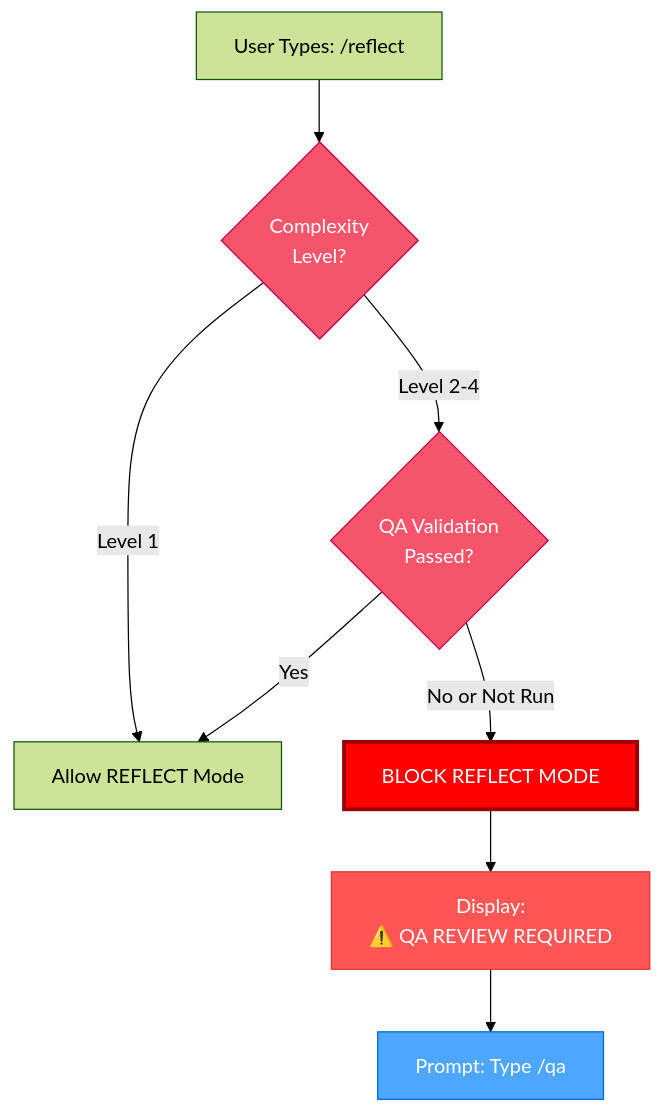
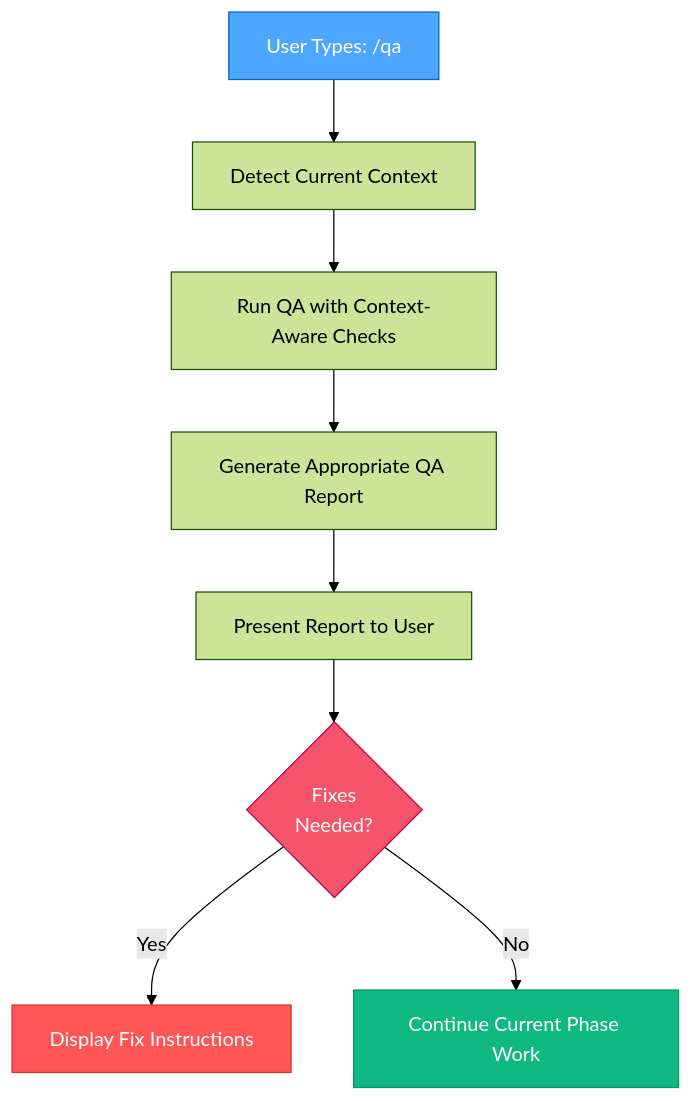
Before and after one commit to Texarkanine/.cursor-rules: the tenth of 10 diagrams in rulesets/niko/niko/visual-maps/qa-mode-map.mdc, drawn with Mermaid (forest theme). The commit also changed other lines of this file and 20 other files, not shown here.

````diff
--- a/rulesets/niko/niko/visual-maps/qa-mode-map.mdc
+++ b/rulesets/niko/niko/visual-maps/qa-mode-map.mdc
@@ -188,16 +497,16 @@
 ```mermaid
 graph TD
-    Start["User Types: /reflect"] --> CheckLevel{"Complexity<br>Level?"}
-    CheckLevel -->|"Level 1"| AllowReflect["Allow REFLECT Mode"]
-    CheckLevel -->|"Level 2-4"| CheckQA{"QA Validation<br>Passed?"}
-    CheckQA -->|"Yes"| AllowReflect
-    CheckQA -->|"No or Not Run"| BlockReflect["BLOCK REFLECT MODE"]
-    BlockReflect --> Message["Display:<br>⚠️ QA REVIEW REQUIRED"]
-    Message --> ReturnToQA["Prompt: Type /qa"]
-
-    style CheckLevel fill:#f6546a,stroke:#c30052,color:white
-    style CheckQA fill:#f6546a,stroke:#c30052,color:white
-    style BlockReflect fill:#ff0000,stroke:#990000,color:white,stroke-width:3px
-    style Message fill:#ff5555,stroke:#dd3333,color:white
-    style ReturnToQA fill:#4da6ff,stroke:#0066cc,color:white
+    Start["User Types: /qa"] --> DetectContext["Detect Current Context"]
+    DetectContext --> RunQA["Run QA with Context-Aware Checks"]
+    RunQA --> GenerateReport["Generate Appropriate QA Report"]
+    GenerateReport --> UserResponse["Present Report to User"]
+    
+    UserResponse --> FixNeeded{"Fixes<br>Needed?"}
+    FixNeeded -->|"Yes"| SuggestFixes["Display Fix Instructions"]
+    FixNeeded -->|"No"| ContinueWork["Continue Current Phase Work"]
+    
+    style Start fill:#4da6ff,stroke:#0066cc,color:white
+    style FixNeeded fill:#f6546a,stroke:#c30052,color:white
+    style SuggestFixes fill:#ff5555,stroke:#dd3333,color:white
+    style ContinueWork fill:#10b981,stroke:#059669,color:white
 ```
````
